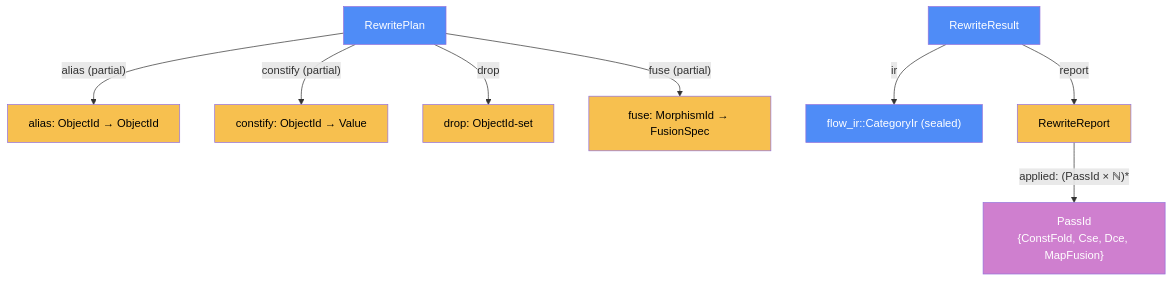
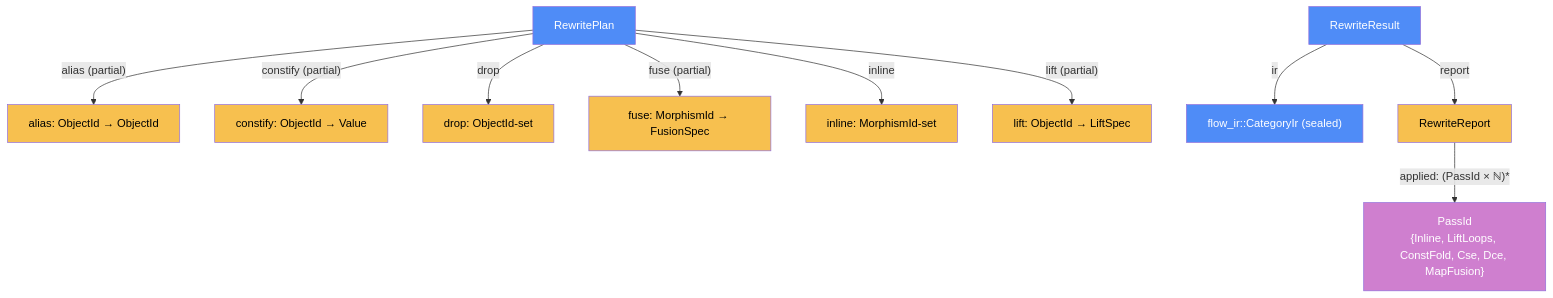
Before and after one commit to LessComplexity/flow: the diagram in docs/components/rewrite/DESIGN.md, drawn with Mermaid. The commit also changed other lines of this file and 15 other files, not shown here.

````diff
--- a/docs/components/rewrite/DESIGN.md
+++ b/docs/components/rewrite/DESIGN.md
@@ -18,30 +18,36 @@
 ```mermaid
 graph TB
     CIr["flow_ir::CategoryIr (sealed)"]
     Plan["RewritePlan"]
     Al["alias: ObjectId → ObjectId"]
     Cf["constify: ObjectId → Value"]
     Dr["drop: ObjectId-set"]
     Fu["fuse: MorphismId → FusionSpec"]
+    In["inline: MorphismId-set"]
+    Li["lift: ObjectId → LiftSpec"]
     Rep["RewriteReport"]
-    Pid["PassId<br/>{ConstFold, Cse, Dce, MapFusion}"]
+    Pid["PassId<br/>{Inline, LiftLoops, ConstFold, Cse, Dce, MapFusion}"]
     Res["RewriteResult"]
 
     Res -->|"ir"| CIr
     Res -->|"report"| Rep
     Plan -->|"alias (partial)"| Al
     Plan -->|"constify (partial)"| Cf
     Plan -->|"drop"| Dr
     Plan -->|"fuse (partial)"| Fu
+    Plan -->|"inline"| In
+    Plan -->|"lift (partial)"| Li
     Rep -->|"applied: (PassId × ℕ)*"| Pid
 
     style CIr fill:#4f8cf7,color:#fff
     style Plan fill:#4f8cf7,color:#fff
     style Res fill:#4f8cf7,color:#fff
     style Rep fill:#f7c04f,color:#000
     style Al fill:#f7c04f,color:#000
     style Cf fill:#f7c04f,color:#000
     style Dr fill:#f7c04f,color:#000
     style Fu fill:#f7c04f,color:#000
+    style In fill:#f7c04f,color:#000
+    style Li fill:#f7c04f,color:#000
     style Pid fill:#cf7fcf,color:#fff
 ```
````
